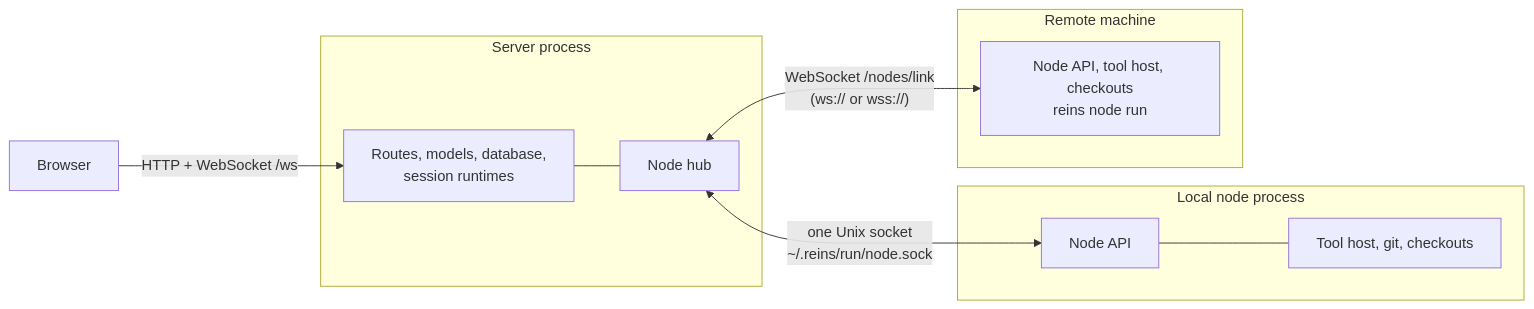
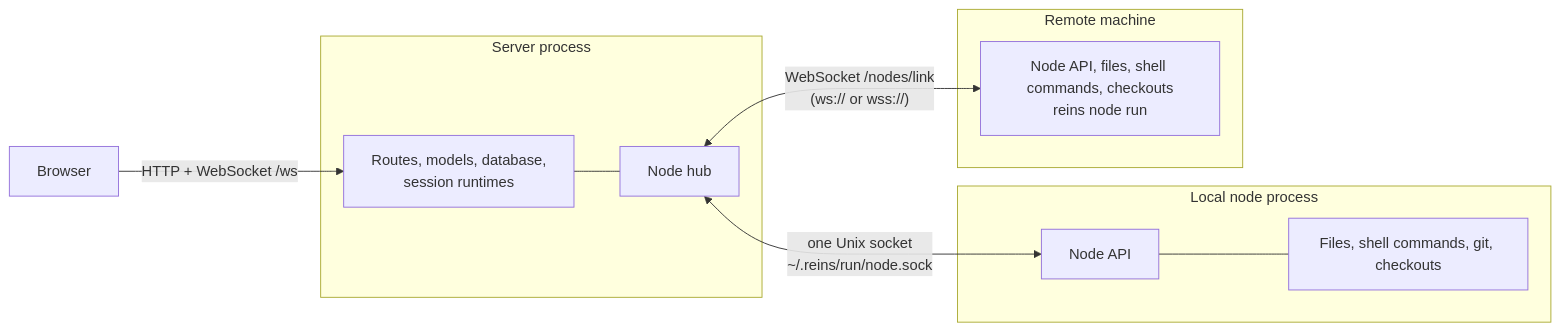
The first of 9 diagrams in docs/dev/node-transport.md (willtcarey/reins), drawn with Mermaid before and after one commit. The commit also changed other lines of this file and 56 other files, not shown here.

````diff
--- a/docs/dev/node-transport.md
+++ b/docs/dev/node-transport.md
@@ -11,19 +11,19 @@
 ```mermaid
 graph LR
     Browser -->|HTTP + WebSocket /ws| Server
     subgraph Server process
         Server[Routes, models, database,<br/>session runtimes]
         Hub[Node hub]
         Server --- Hub
     end
     subgraph Local node process
         Node[Node API]
-        Pi[Tool host, git, checkouts]
+        Pi[Files, shell commands, git, checkouts]
         Node --- Pi
     end
     subgraph Remote machine
-        Remote[Node API, tool host, checkouts<br/>reins node run]
+        Remote[Node API, files, shell commands, checkouts<br/>reins node run]
     end
     Hub <-->|"one Unix socket<br/>~/.reins/run/node.sock"| Node
     Hub <-->|"WebSocket /nodes/link<br/>(ws:// or wss://)"| Remote
 ```
````
